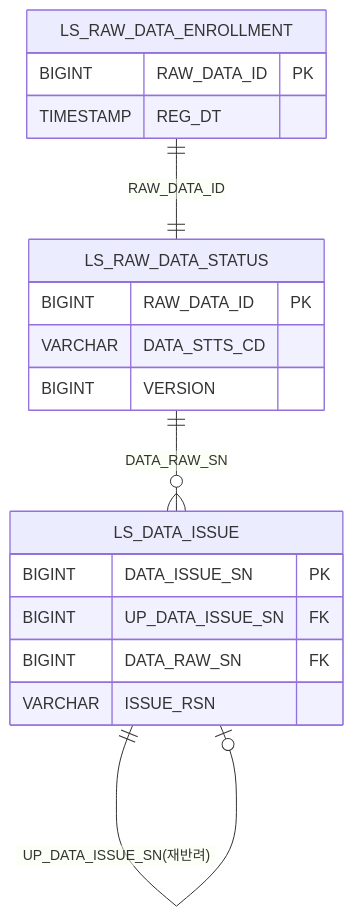
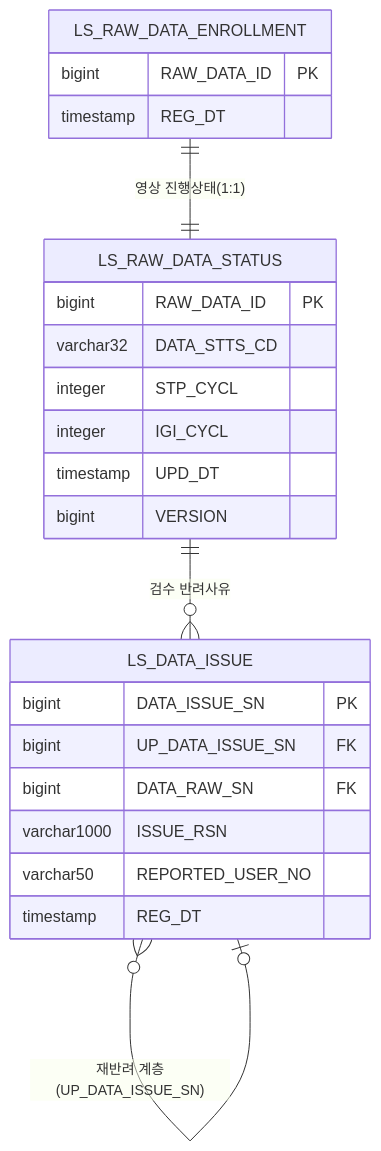
One commit to New-stella/klid-label changed the sixth of 12 diagrams in docs/design/D8-엔티티관계모형설계서.md. Above: the diagram before and after it, drawn with Mermaid. The commit also changed other lines of this file and 9 other files, not shown here.

````diff
--- a/docs/design/D8-엔티티관계모형설계서.md
+++ b/docs/design/D8-엔티티관계모형설계서.md
@@ -230,22 +338,27 @@
 ```mermaid
 erDiagram
-    LS_RAW_DATA_ENROLLMENT ||--|| LS_RAW_DATA_STATUS : "RAW_DATA_ID"
-    LS_RAW_DATA_STATUS ||--o{ LS_DATA_ISSUE : "DATA_RAW_SN"
-    LS_DATA_ISSUE ||--o| LS_DATA_ISSUE : "UP_DATA_ISSUE_SN(재반려)"
-
     LS_RAW_DATA_ENROLLMENT {
-        BIGINT RAW_DATA_ID PK
-        TIMESTAMP REG_DT
+        bigint RAW_DATA_ID PK
+        timestamp REG_DT
     }
     LS_RAW_DATA_STATUS {
-        BIGINT RAW_DATA_ID PK
-        VARCHAR DATA_STTS_CD
-        BIGINT VERSION
+        bigint RAW_DATA_ID PK
+        varchar32 DATA_STTS_CD
+        integer STP_CYCL
+        integer IGI_CYCL
+        timestamp UPD_DT
+        bigint VERSION
     }
     LS_DATA_ISSUE {
-        BIGINT DATA_ISSUE_SN PK
-        BIGINT UP_DATA_ISSUE_SN FK
-        BIGINT DATA_RAW_SN FK
-        VARCHAR ISSUE_RSN
+        bigint DATA_ISSUE_SN PK
+        bigint UP_DATA_ISSUE_SN FK
+        bigint DATA_RAW_SN FK
+        varchar1000 ISSUE_RSN
+        varchar50 REPORTED_USER_NO
+        timestamp REG_DT
     }
+
+    LS_RAW_DATA_ENROLLMENT ||--|| LS_RAW_DATA_STATUS : "영상 진행상태(1:1)"
+    LS_RAW_DATA_STATUS ||--o{ LS_DATA_ISSUE : "검수 반려사유"
+    LS_DATA_ISSUE }o--o| LS_DATA_ISSUE : "재반려 계층(UP_DATA_ISSUE_SN)"
 ```
````
